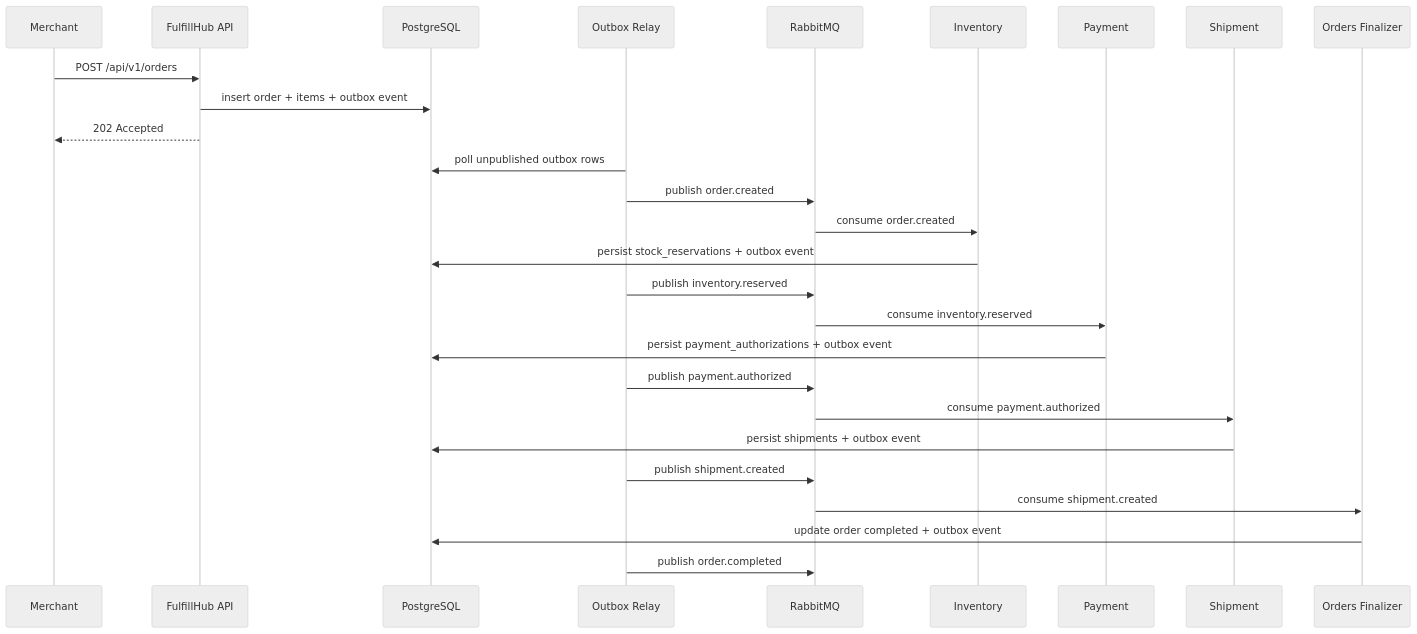
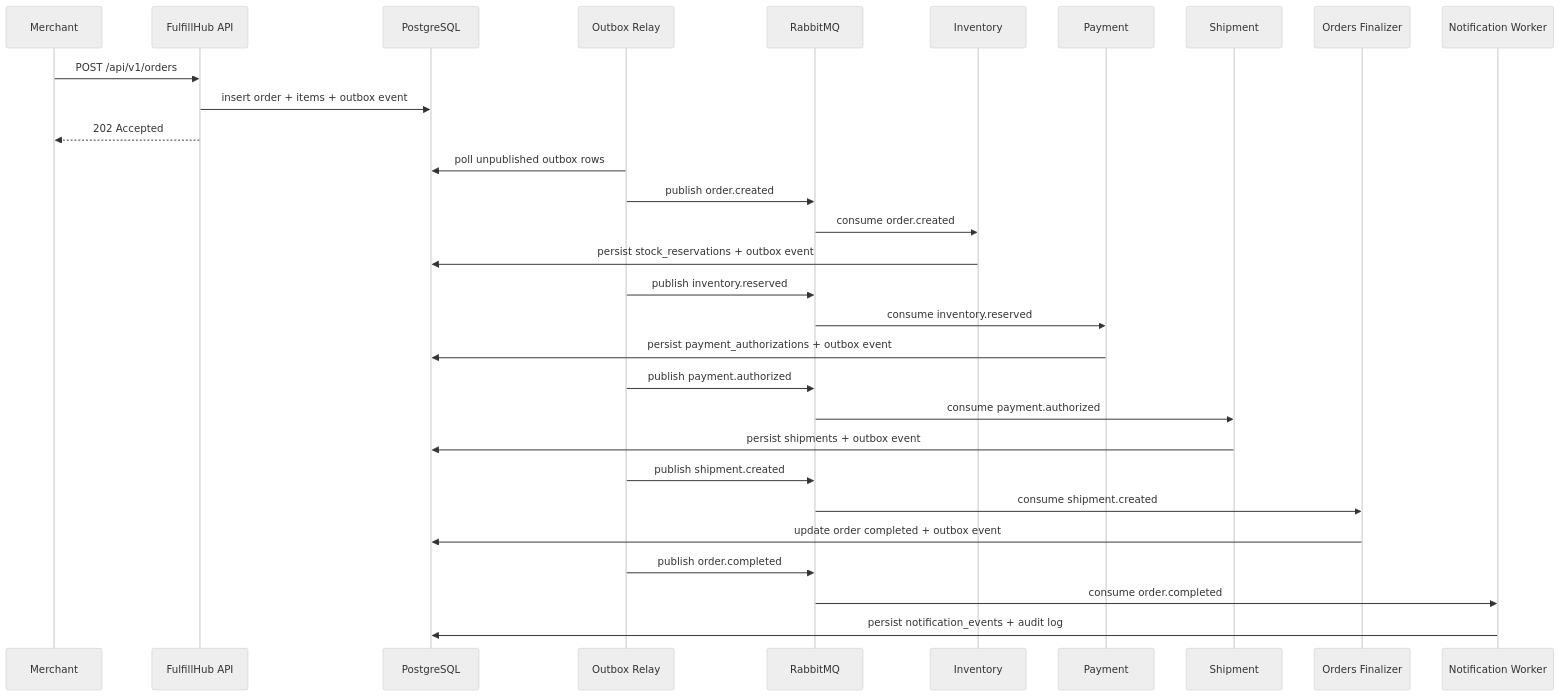
Before and after one commit to Defyland/fulfillhub-go-commerce-platform: the diagram in docs/diagrams/order-saga-sequence.md, drawn with Mermaid (neutral theme). The commit also changed other lines of this file and 12 other files, not shown here.

Commit message:
feat(async): persist notification queue projections

````diff
--- a/docs/diagrams/order-saga-sequence.md
+++ b/docs/diagrams/order-saga-sequence.md
@@ -3,30 +3,33 @@
 ```mermaid
 sequenceDiagram
   participant Merchant
   participant API as FulfillHub API
   participant DB as PostgreSQL
   participant Relay as Outbox Relay
   participant MQ as RabbitMQ
   participant Inventory
   participant Payment
   participant Shipment
   participant Orders as Orders Finalizer
+  participant Notify as Notification Worker
 
   Merchant->>API: POST /api/v1/orders
   API->>DB: insert order + items + outbox event
   API-->>Merchant: 202 Accepted
   Relay->>DB: poll unpublished outbox rows
   Relay->>MQ: publish order.created
   MQ->>Inventory: consume order.created
   Inventory->>DB: persist stock_reservations + outbox event
   Relay->>MQ: publish inventory.reserved
   MQ->>Payment: consume inventory.reserved
   Payment->>DB: persist payment_authorizations + outbox event
   Relay->>MQ: publish payment.authorized
   MQ->>Shipment: consume payment.authorized
   Shipment->>DB: persist shipments + outbox event
   Relay->>MQ: publish shipment.created
   MQ->>Orders: consume shipment.created
   Orders->>DB: update order completed + outbox event
   Relay->>MQ: publish order.completed
+  MQ->>Notify: consume order.completed
+  Notify->>DB: persist notification_events + audit log
 ```
````
